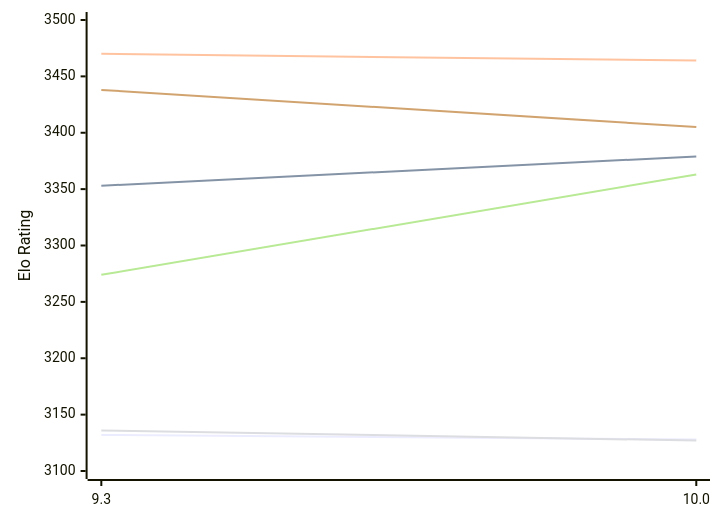
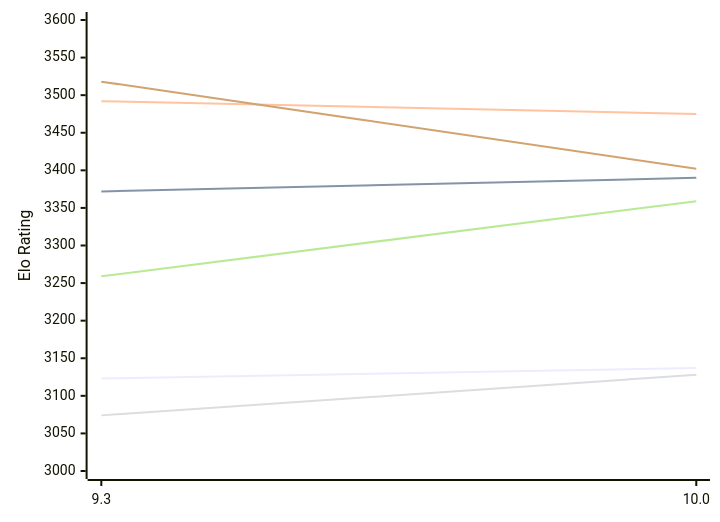
Before and after one commit to computer-chess-index/cci: the first of 2 diagrams in engines/Fire.md, drawn with Mermaid. The commit also changed other lines of this file, not shown here.

Commit message:
Update CCI Ratings (ELO VLTC) - 2026-11-16

````diff
--- a/engines/Fire.md
+++ b/engines/Fire.md
@@ -50,12 +50,12 @@
 ```mermaid
 %%{init: {"theme":"base","themeVariables":{"seriesColors:['#a3a3a3','#222221','#faa371']}}}%%
 xychart-beta
   x-axis ["9.3", "10.0"]
-  y-axis "Elo Rating" 3100 --> 3500
-  line "E1: STC (8.0+0.08s)" [3132, 3128]
-  line "E1: LTC (60.0+0.60s)" [3353, 3379]
-  line "E1: VLTC (2m24s+1.12s)" [3470, 3464]
-  line "P1: STC (8.0+0.08s)" [3136, 3127]
-  line "P1: LTC (60.0+0.60s)" [3274, 3363]
-  line "P1: VLTC (2m24s+1.12s)" [3438, 3405]
+  y-axis "Elo Rating" 3000 --> 3600
+  line "E1: STC (8.0+0.08s)" [3123, 3137]
+  line "E1: LTC (60.0+0.60s)" [3372, 3390]
+  line "E1: VLTC (2m24s+1.12s)" [3492, 3475]
+  line "P1: STC (8.0+0.08s)" [3074, 3128]
+  line "P1: LTC (60.0+0.60s)" [3259, 3359]
+  line "P1: VLTC (2m24s+1.12s)" [3518, 3402]
 ```
````
